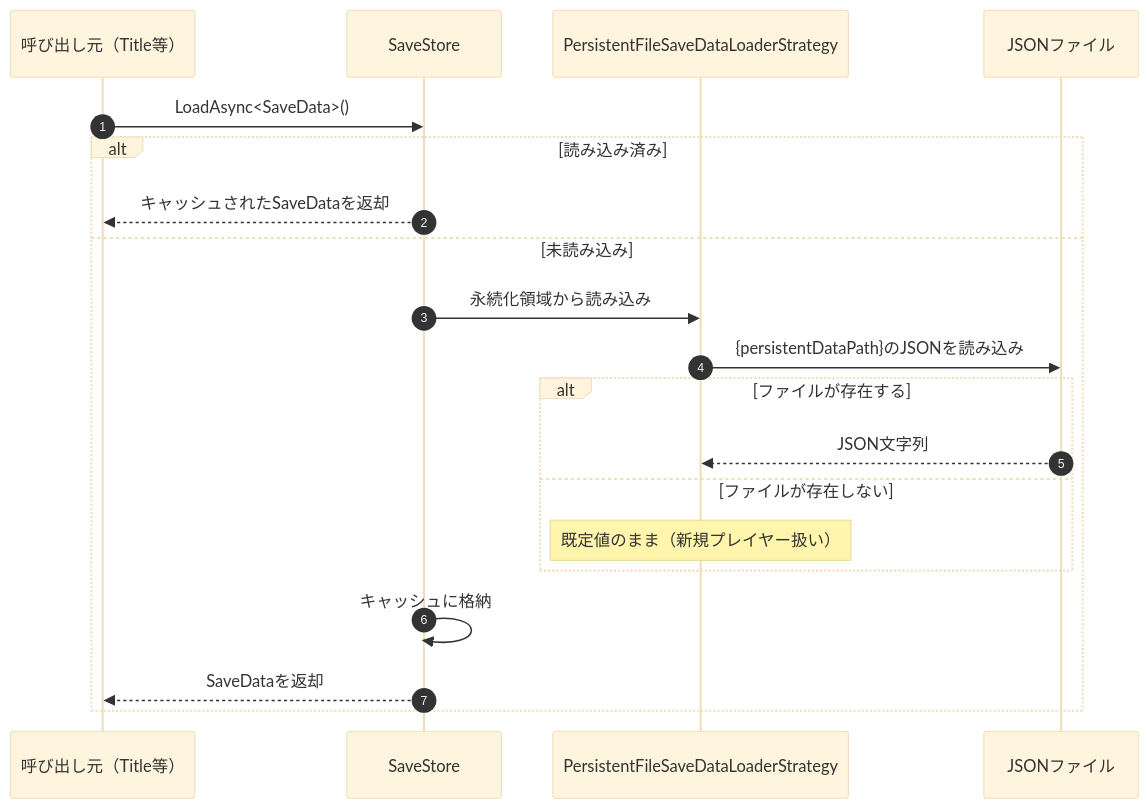
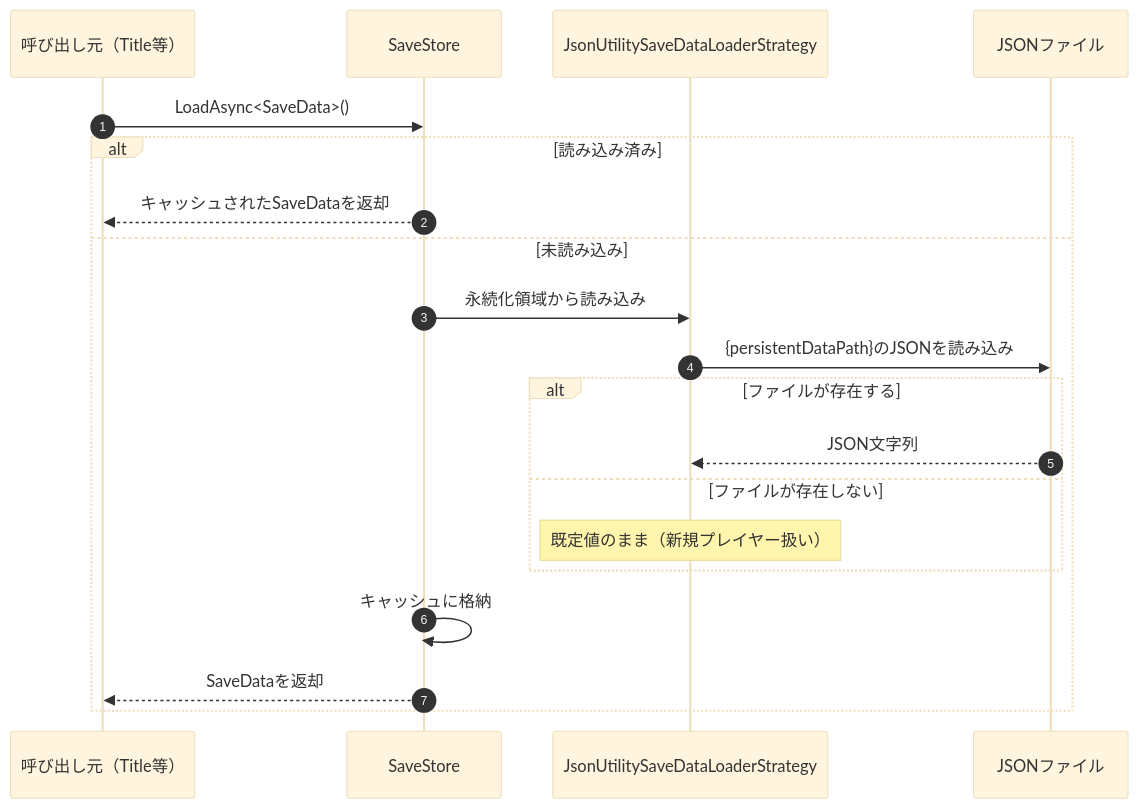
Before and after one commit to HIBIKI5201/SymphonyKillChord: the second of 3 diagrams in Assets/Docs/ScriptsDocs/Modules/NotionModuleDocs/Savedata.md, drawn with Mermaid (base theme). The commit also changed other lines of this file and 2 other files, not shown here.

First line of the commit message:
refactor(save): 使っていない自前のセーブローダーを削除する

````diff
--- a/Assets/Docs/ScriptsDocs/Modules/NotionModuleDocs/Savedata.md
+++ b/Assets/Docs/ScriptsDocs/Modules/NotionModuleDocs/Savedata.md
@@ -130,23 +130,23 @@
 ```mermaid
 sequenceDiagram
     autonumber
     participant Caller as 呼び出し元（Title等）
     participant Store as SaveStore
-    participant Loader as PersistentFileSaveDataLoaderStrategy
+    participant Loader as JsonUtilitySaveDataLoaderStrategy
     participant File as JSONファイル
 
     Caller ->> Store: LoadAsync<SaveData>()
     alt 読み込み済み
         Store -->> Caller: キャッシュされたSaveDataを返却
     else 未読み込み
         Store ->> Loader: 永続化領域から読み込み
         Loader ->> File: {persistentDataPath}のJSONを読み込み
         alt ファイルが存在する
             File -->> Loader: JSON文字列
         else ファイルが存在しない
             Note over Loader: 既定値のまま（新規プレイヤー扱い）
         end
         Store ->> Store: キャッシュに格納
         Store -->> Caller: SaveDataを返却
     end
 ```
````
